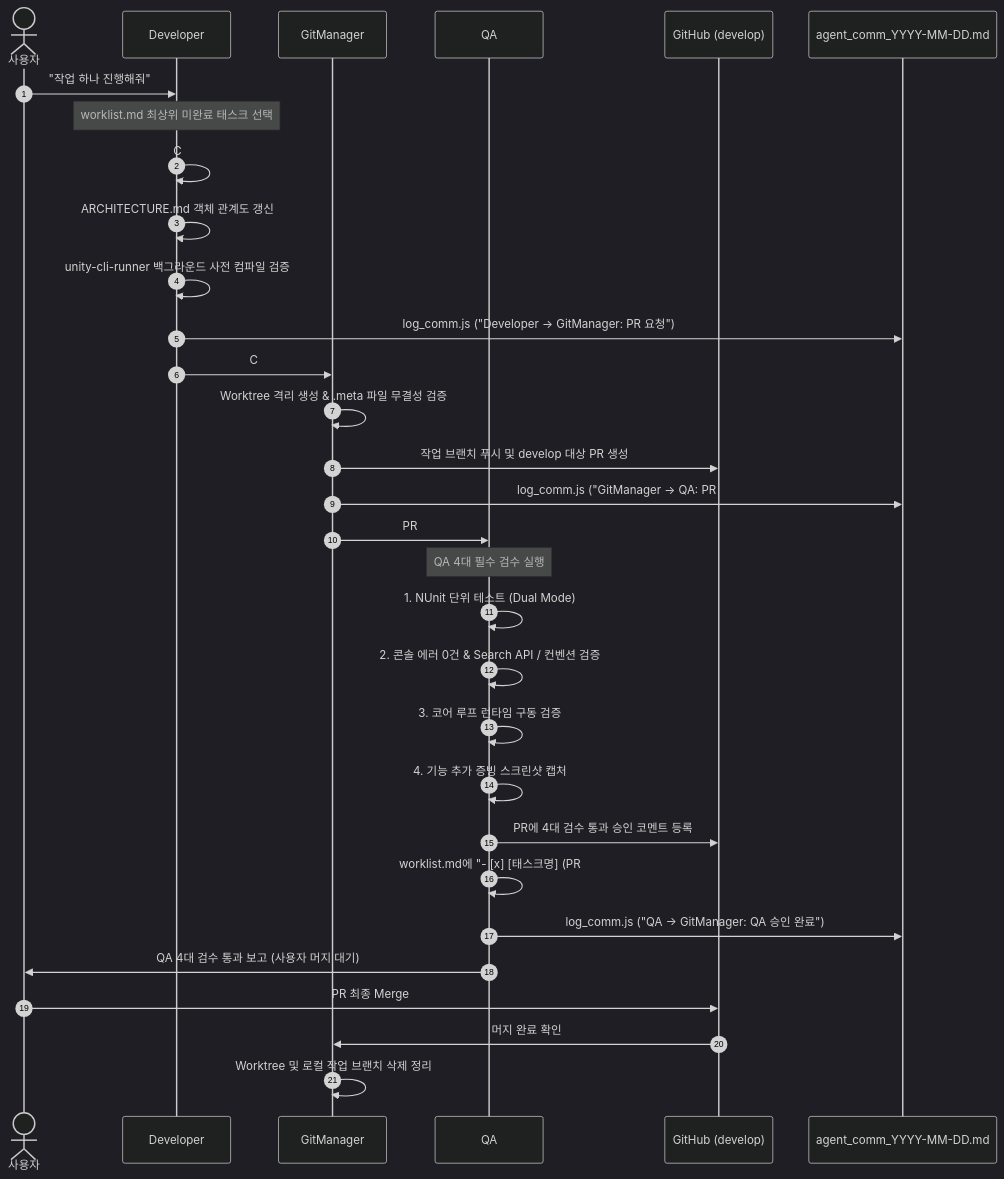
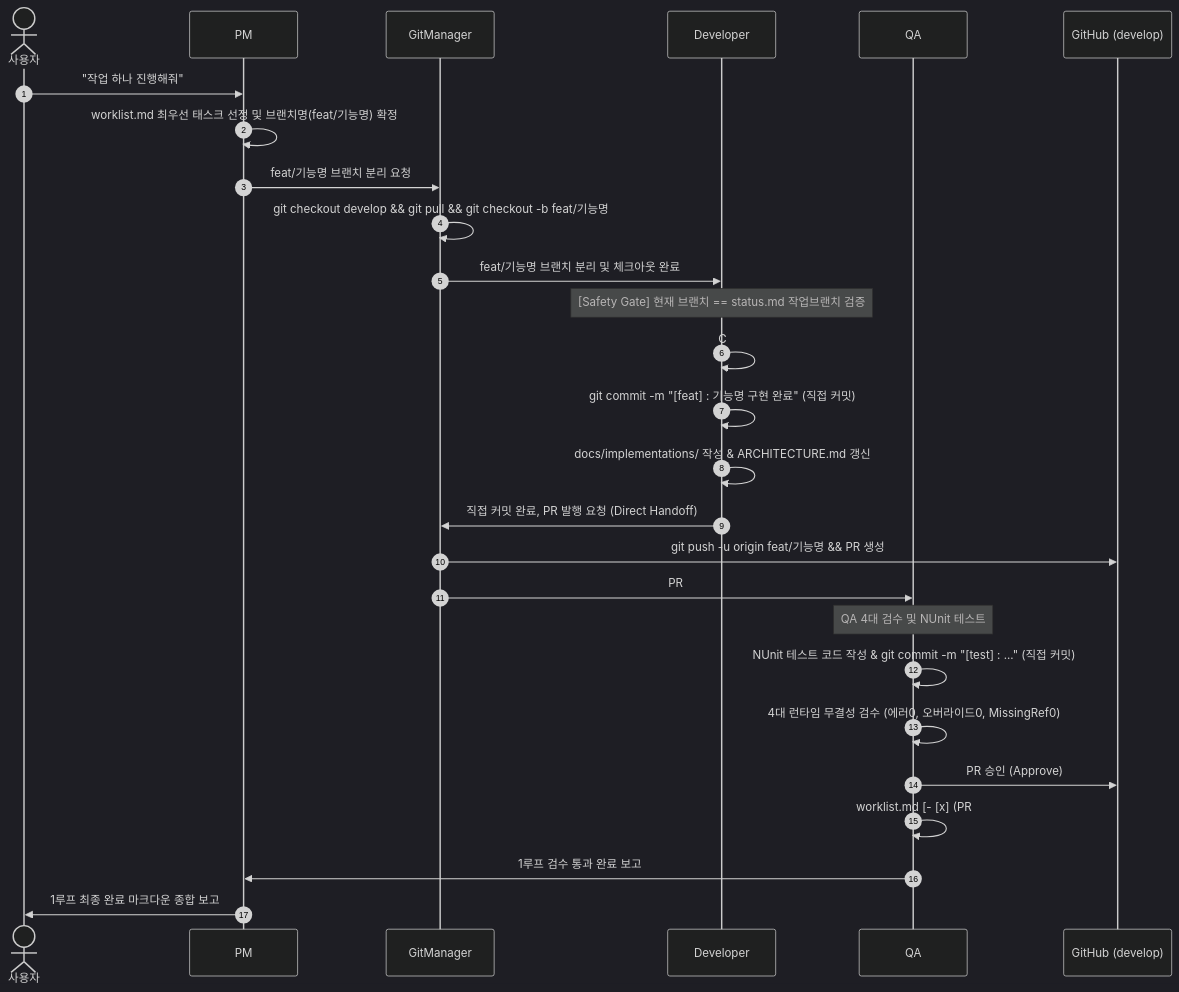
Before and after one commit to baewhv/Test_MCPv2: the second of 2 diagrams in README.md, drawn with Mermaid (dark theme). The commit also changed other lines of this file and 65 other files, not shown here.

````diff
--- a/README.md
+++ b/README.md
@@ -80,38 +73,34 @@
 ```mermaid
 sequenceDiagram
     autonumber
     actor User as 사용자
+    participant PM as PM
+    participant GM as GitManager
     participant Dev as Developer
-    participant GM as GitManager
     participant QA as QA
     participant Git as GitHub (develop)
-    participant Log as agent_comm_YYYY-MM-DD.md
 
-    User->>Dev: "작업 하나 진행해줘"
-    Note over Dev: worklist.md 최상위 미완료 태스크 선택
-    Dev->>Dev: C# 코드 작성 & 프리미티브/에셋 결합 프리팹 조립
-    Dev->>Dev: ARCHITECTURE.md 객체 관계도 갱신
-    Dev->>Dev: unity-cli-runner 백그라운드 사전 컴파일 검증
-    Dev->>Log: log_comm.js ("Developer -> GitManager: PR 요청")
-    Dev->>GM: C# 및 프리팹 조립 완료, PR 요청
+    User->>PM: "작업 하나 진행해줘"
+    PM->>PM: worklist.md 최우선 태스크 선정 및 브랜치명(feat/기능명) 확정
+    PM->>GM: feat/기능명 브랜치 분리 요청
+    GM->>GM: git checkout develop && git pull && git checkout -b feat/기능명
+    GM->>Dev: feat/기능명 브랜치 분리 및 체크아웃 완료
 
-    GM->>GM: Worktree 격리 생성 & .meta 파일 무결성 검증
-    GM->>Git: 작업 브랜치 푸시 및 develop 대상 PR 생성
-    GM->>Log: log_comm.js ("GitManager -> QA: PR #nn 검수 요청")
-    GM->>QA: PR #nn 생성 완료, 검수 인계
+    Note over Dev: [Safety Gate] 현재 브랜치 == status.md 작업브랜치 검증
+    Dev->>Dev: C# 코드 작성 & unity-cli-runner 사전 컴파일 검증
+    Dev->>Dev: git commit -m "[feat] : 기능명 구현 완료" (직접 커밋)
+    Dev->>Dev: docs/implementations/ 작성 & ARCHITECTURE.md 갱신
+    Dev->>GM: 직접 커밋 완료, PR 발행 요청 (Direct Handoff)
 
-    Note over QA: QA 4대 필수 검수 실행
-    QA->>QA: 1. NUnit 단위 테스트 (Dual Mode)
-    QA->>QA: 2. 콘솔 에러 0건 & Search API / 컨벤션 검증
-    QA->>QA: 3. 코어 루프 런타임 구동 검증
-    QA->>QA: 4. 기능 추가 증빙 스크린샷 캡처
-    
-    QA->>Git: PR에 4대 검수 통과 승인 코멘트 등록
-    QA->>QA: worklist.md에 "- [x] [태스크명] (PR #nn)" 체크
-    QA->>Log: log_comm.js ("QA -> GitManager: QA 승인 완료")
-    QA->>User: QA 4대 검수 통과 보고 (사용자 머지 대기)
+    GM->>Git: git push -u origin feat/기능명 && PR 생성
+    GM->>QA: PR #nn 생성 완료, QA 검수 요청 (Direct Handoff)
 
-    User->>Git: PR 최종 Merge
-    Git->>GM: 머지 완료 확인
-    GM->>GM: Worktree 및 로컬 작업 브랜치 삭제 정리
+    Note over QA: QA 4대 검수 및 NUnit 테스트
+    QA->>QA: NUnit 테스트 코드 작성 & git commit -m "[test] : ..." (직접 커밋)
+    QA->>QA: 4대 런타임 무결성 검수 (에러0, 오버라이드0, MissingRef0)
+    QA->>Git: PR 승인 (Approve)
+    QA->>QA: worklist.md [- [x] (PR #nn)] 완료 체크
+    QA->>PM: 1루프 검수 통과 완료 보고
+
+    PM->>User: 1루프 최종 완료 마크다운 종합 보고
 ```
````
